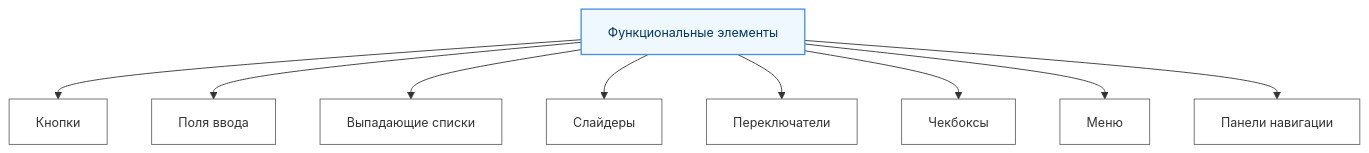
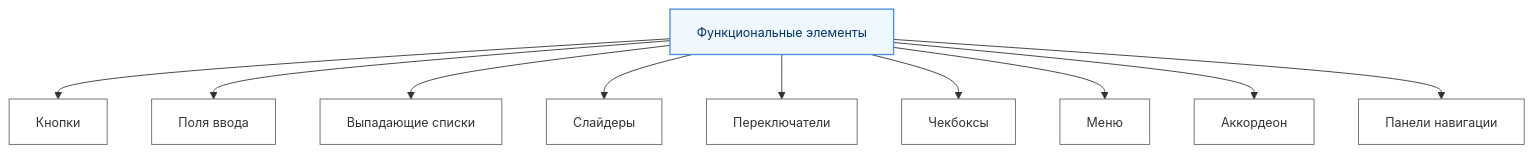
Before and after one commit to Spirzen/it-knowledge-base: the diagram in docs/encyclopedia/1-basics/1-25-interfeys/3.md, drawn with Mermaid. The commit also changed other lines of this file and 75 other files, not shown here.

````diff
--- a/docs/encyclopedia/1-basics/1-25-interfeys/3.md
+++ b/docs/encyclopedia/1-basics/1-25-interfeys/3.md
@@ -32,33 +32,35 @@
 ```mermaid
 %%{init: {
   "theme": "default",
   "themeVariables": {
     "fontSize": "14px",
     "fontFamily": "Segoe UI, Tahoma, sans-serif"
   }
 }}%%
 
 flowchart TD
     classDef group fill:#f0f8ff,stroke:#4a90e2,stroke-width:1.5px,color:#003366;
     classDef element fill:#ffffff,stroke:#666,stroke-width:1px,color:#333;
 
     FE["Функциональные элементы"]:::group
 
     B["Кнопки"]:::element
     I["Поля ввода"]:::element
     DD["Выпадающие списки"]:::element
     SL["Слайдеры"]:::element
     TG["Переключатели"]:::element
     CB["Чекбоксы"]:::element
     MN["Меню"]:::element
+    AC["Аккордеон"]:::element
     NP["Панели навигации"]:::element
 
     FE --> B
     FE --> I
     FE --> DD
     FE --> SL
     FE --> TG
     FE --> CB
     FE --> MN
+    FE --> AC
     FE --> NP
 ```
````
